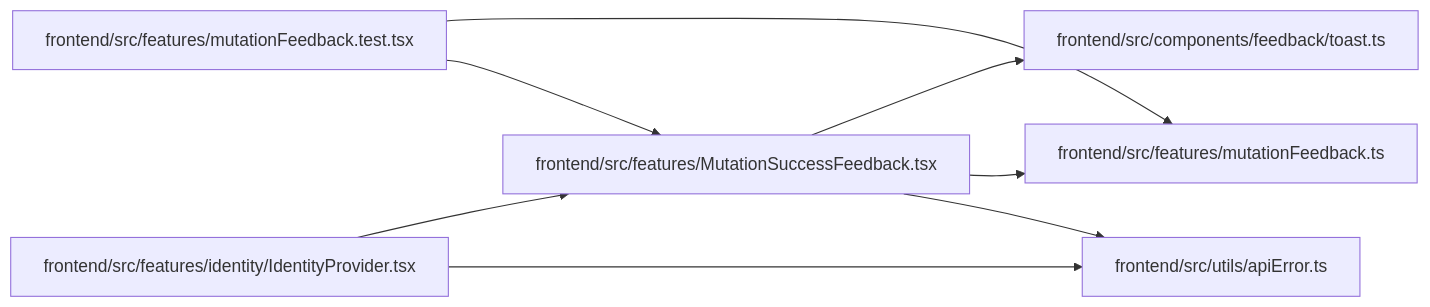
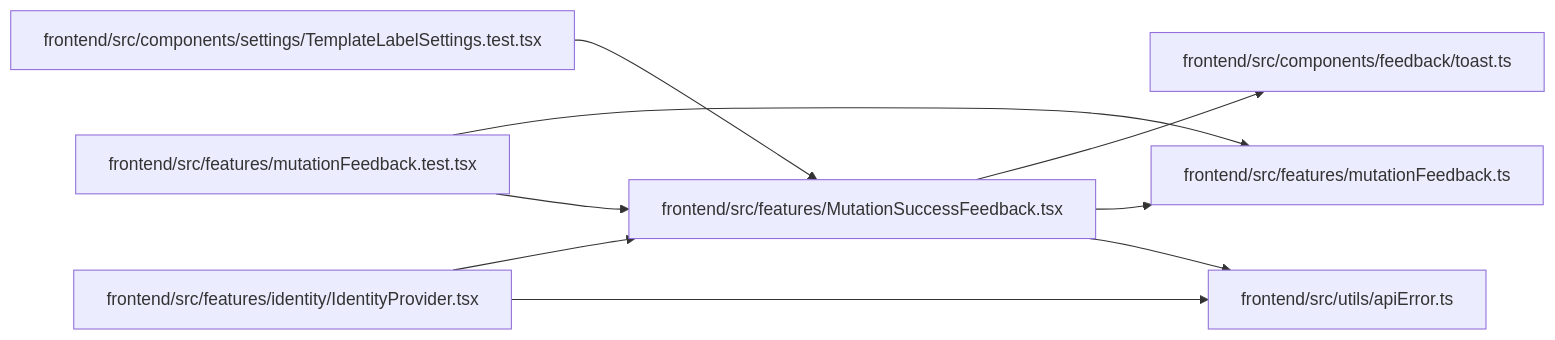
One commit to Denissvgn/WorkChord changed the diagram in docs/llm_wiki/modules/MutationSuccessFeedback.md. Above: the diagram before and after it, drawn with Mermaid. The commit also changed other lines of this file and 382 other files, not shown here.

````diff
--- a/docs/llm_wiki/modules/MutationSuccessFeedback.md
+++ b/docs/llm_wiki/modules/MutationSuccessFeedback.md
@@ -32,22 +32,25 @@
 ```mermaid
 flowchart LR
     n0["frontend/src/components/feedback/toast.ts"]
-    n1["frontend/src/features/identity/IdentityProvider.tsx"]
-    n2["frontend/src/features/mutationFeedback.test.tsx"]
-    n3["frontend/src/features/mutationFeedback.ts"]
-    n4["frontend/src/features/MutationSuccessFeedback.tsx"]
-    n5["frontend/src/utils/apiError.ts"]
-    n1 --> n4
+    n1["frontend/src/components/settings/TemplateLabelSettings.test.tsx"]
+    n2["frontend/src/features/identity/IdentityProvider.tsx"]
+    n3["frontend/src/features/mutationFeedback.test.tsx"]
+    n4["frontend/src/features/mutationFeedback.ts"]
+    n5["frontend/src/features/MutationSuccessFeedback.tsx"]
+    n6["frontend/src/utils/apiError.ts"]
     n1 --> n5
-    n2 --> n3
-    n2 --> n4
-    n4 --> n0
-    n4 --> n3
-    n4 --> n5
+    n2 --> n5
+    n2 --> n6
+    n3 --> n4
+    n3 --> n5
+    n5 --> n0
+    n5 --> n4
+    n5 --> n6
     click n0 "../modules/toast.md"
-    click n1 "../modules/IdentityProvider.md"
-    click n2 "../modules/mutationFeedback.test.md"
-    click n3 "../modules/mutationFeedback.md"
-    click n4 "../modules/MutationSuccessFeedback.md"
-    click n5 "../modules/apiError.md"
+    click n1 "../modules/TemplateLabelSettings.test.md"
+    click n2 "../modules/IdentityProvider.md"
+    click n3 "../modules/mutationFeedback.test.md"
+    click n4 "../modules/mutationFeedback.md"
+    click n5 "../modules/MutationSuccessFeedback.md"
+    click n6 "../modules/apiError.md"
 ```
````
